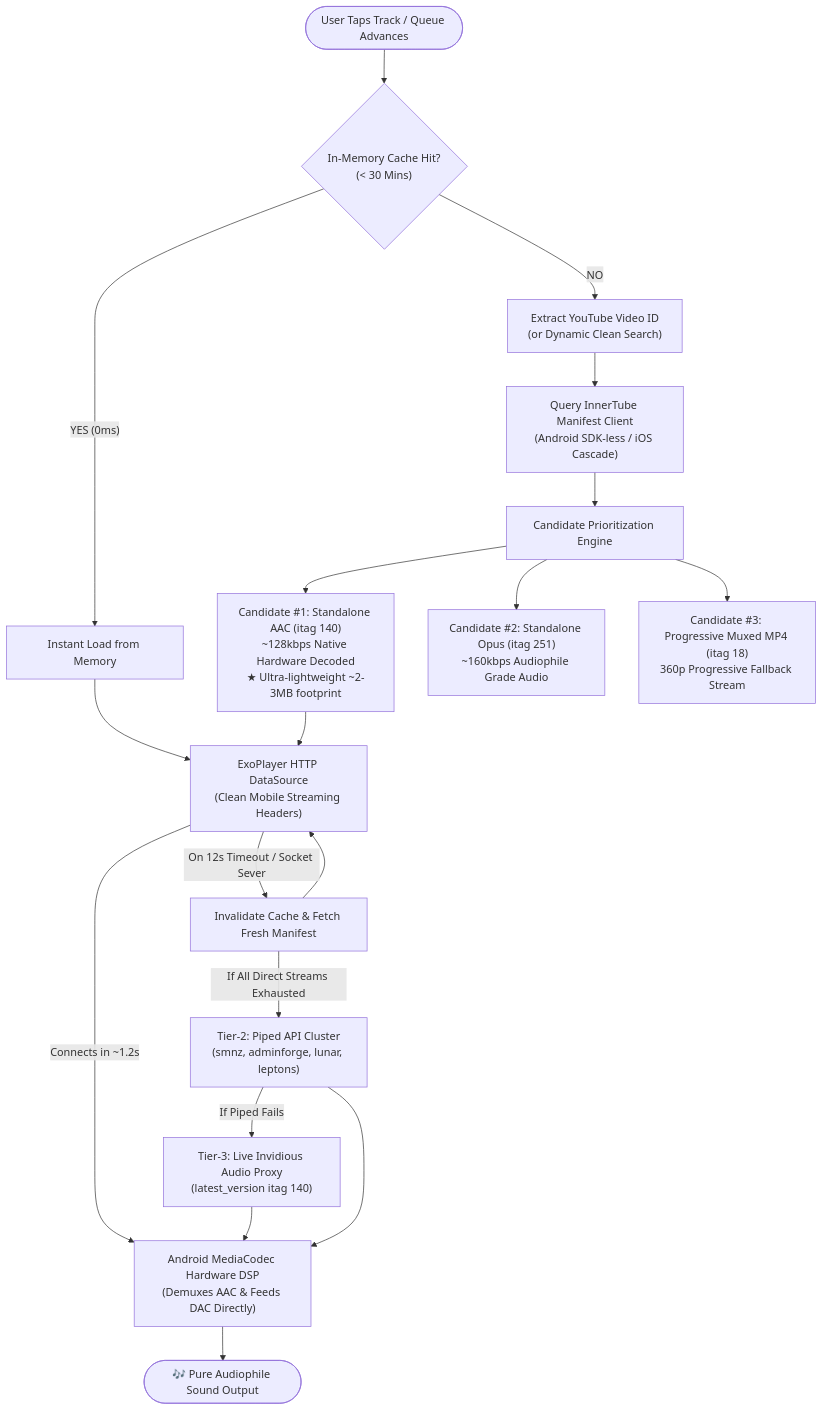
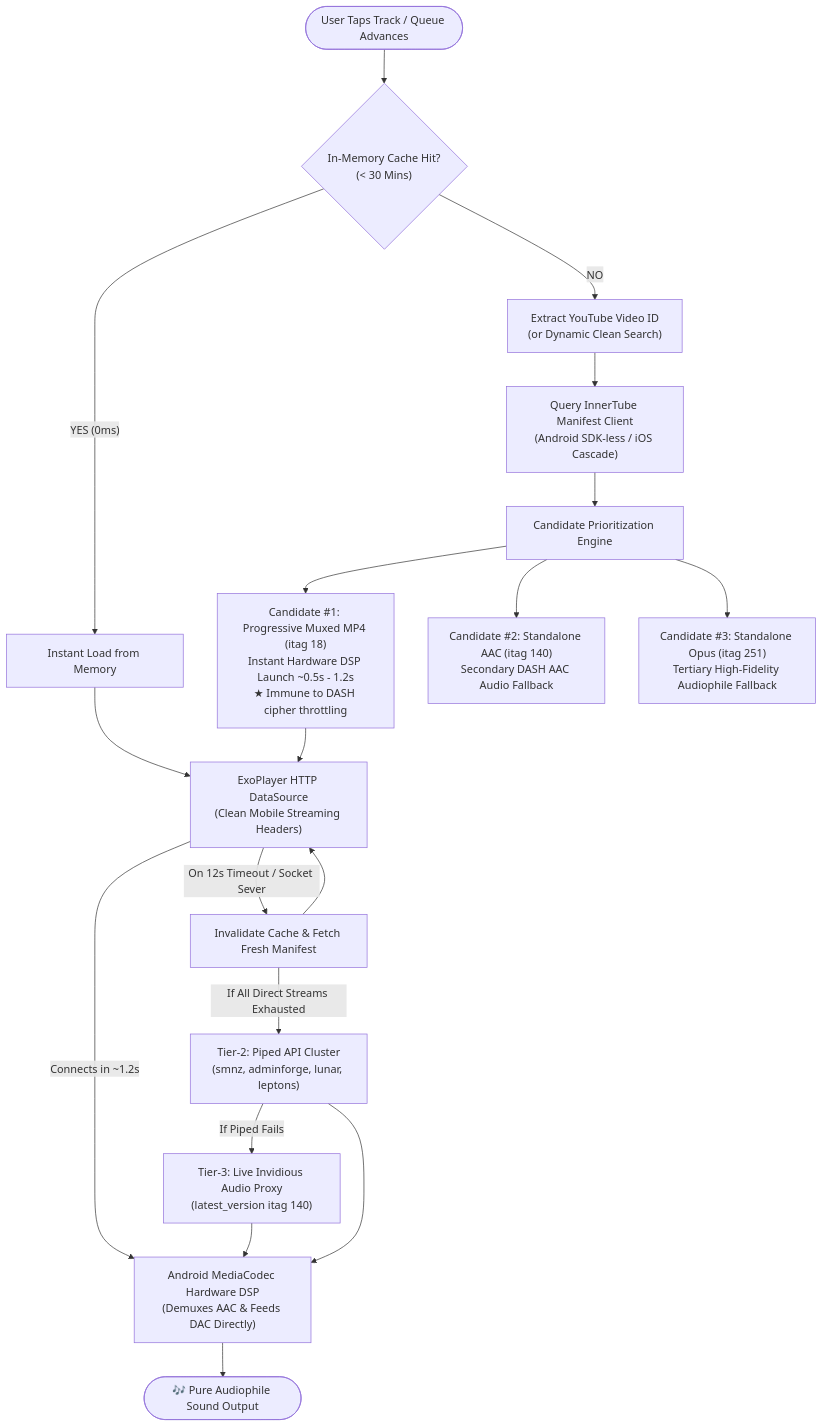
One commit to taezeem14/PulsePipe changed the first of 5 diagrams in README.md. Above: the diagram before and after it, drawn with Mermaid. The commit also changed other lines of this file and 5 other files, not shown here.

Commit message:
feat(stream): restore itag 18 as primary fastest candidate and bump to v1.0.2

````diff
--- a/README.md
+++ b/README.md
@@ -56,27 +56,27 @@
 ```mermaid
 flowchart TD
     UserTap(["User Taps Track / Queue Advances"]) --> CheckCache{"In-Memory Cache Hit?<br/>(&lt; 30 Mins)"}
     
     CheckCache -- "YES (0ms)" --> InstantLoad["Instant Load from Memory"]
     CheckCache -- "NO" --> ExtractYT["Extract YouTube Video ID<br/>(or Dynamic Clean Search)"]
     
     ExtractYT --> InnerTube["Query InnerTube Manifest Client<br/>(Android SDK-less / iOS Cascade)"]
     
     InnerTube --> Candidates["Candidate Prioritization Engine"]
-    Candidates --> C1["Candidate #1: Standalone AAC (itag 140)<br/>~128kbps Native Hardware Decoded<br/>★ Ultra-lightweight ~2-3MB footprint"]
-    Candidates --> C2["Candidate #2: Standalone Opus (itag 251)<br/>~160kbps Audiophile Grade Audio"]
-    Candidates --> C3["Candidate #3: Progressive Muxed MP4 (itag 18)<br/>360p Progressive Fallback Stream"]
+    Candidates --> C1["Candidate #1: Progressive Muxed MP4 (itag 18)<br/>Instant Hardware DSP Launch ~0.5s - 1.2s<br/>★ Immune to DASH cipher throttling"]
+    Candidates --> C2["Candidate #2: Standalone AAC (itag 140)<br/>Secondary DASH AAC Audio Fallback"]
+    Candidates --> C3["Candidate #3: Standalone Opus (itag 251)<br/>Tertiary High-Fidelity Audiophile Fallback"]
     
     C1 --> ExoConnect["ExoPlayer HTTP DataSource<br/>(Clean Mobile Streaming Headers)"]
     InstantLoad --> ExoConnect
     
     ExoConnect -- "Connects in ~1.2s" --> DSP["Android MediaCodec Hardware DSP<br/>(Demuxes AAC & Feeds DAC Directly)"]
     DSP --> AudioOut(["🎶 Pure Audiophile Sound Output"])
     
     ExoConnect -- "On 12s Timeout / Socket Sever" --> FreshResolve["Invalidate Cache & Fetch Fresh Manifest"]
     FreshResolve --> ExoConnect
     FreshResolve -- "If All Direct Streams Exhausted" --> Piped["Tier-2: Piped API Cluster<br/>(smnz, adminforge, lunar, leptons)"]
     Piped -- "If Piped Fails" --> Invidious["Tier-3: Live Invidious Audio Proxy<br/>(latest_version itag 140)"]
     Piped --> DSP
     Invidious --> DSP
 ```
````
